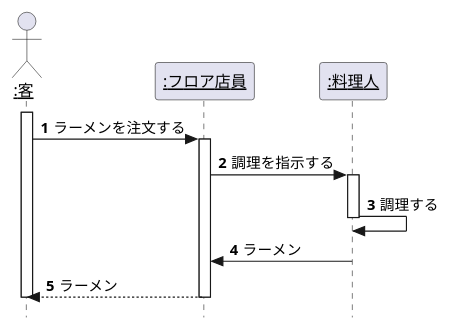
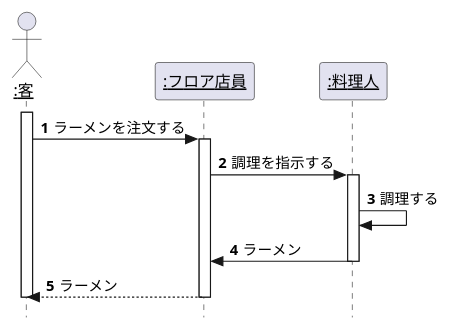
Before and after one commit to hitokin/uml_introduction: the diagram in 4--/演習4-1_SD_ラーメン屋さんでの注文.pu, drawn with PlantUML.

```diff
--- a/4--/演習4-1_SD_ラーメン屋さんでの注文.pu
+++ b/4--/演習4-1_SD_ラーメン屋さんでの注文.pu
@@ -1,23 +1,23 @@
 @startuml 演習4-1
 hide footbox
  'メッセージに自動で番号を降る
  autonumber
 ' 厳密なUMLに準拠する
 skinparam style strictuml
 actor "<u>:客</u>" as custmer
 participant "<u>:フロア店員</u>" as clerk
 participant "<u>:料理人</u>" as cook
 activate custmer
     custmer -> clerk: ラーメンを注文する
     activate clerk
         clerk -> cook: 調理を指示する
         activate cook
             cook -> cook: 調理する
+            clerk <- cook: ラーメン
         deactivate cook
-        clerk <- cook: ラーメン
     custmer <-- clerk: ラーメン
     deactivate clerk
 deactivate custmer
 
 
 @enduml
```
